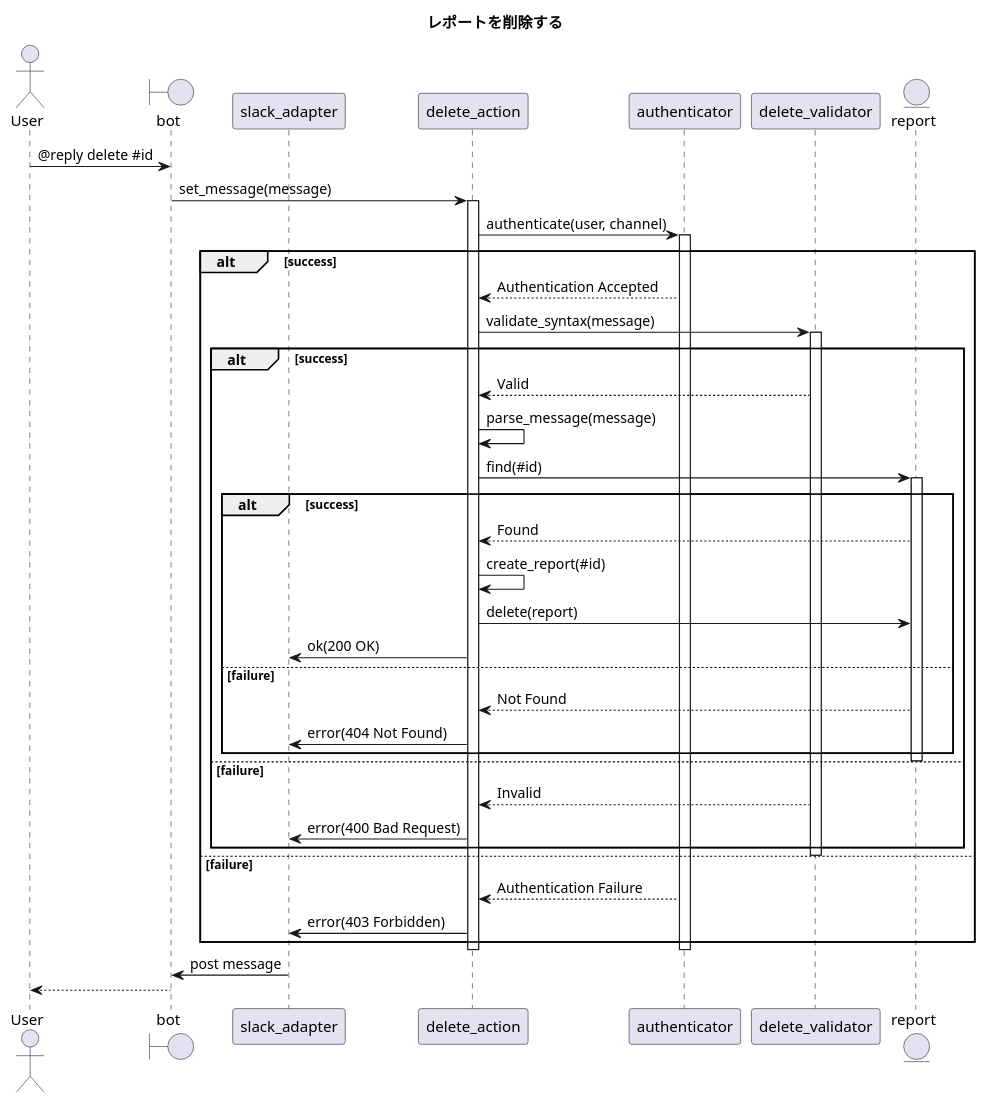
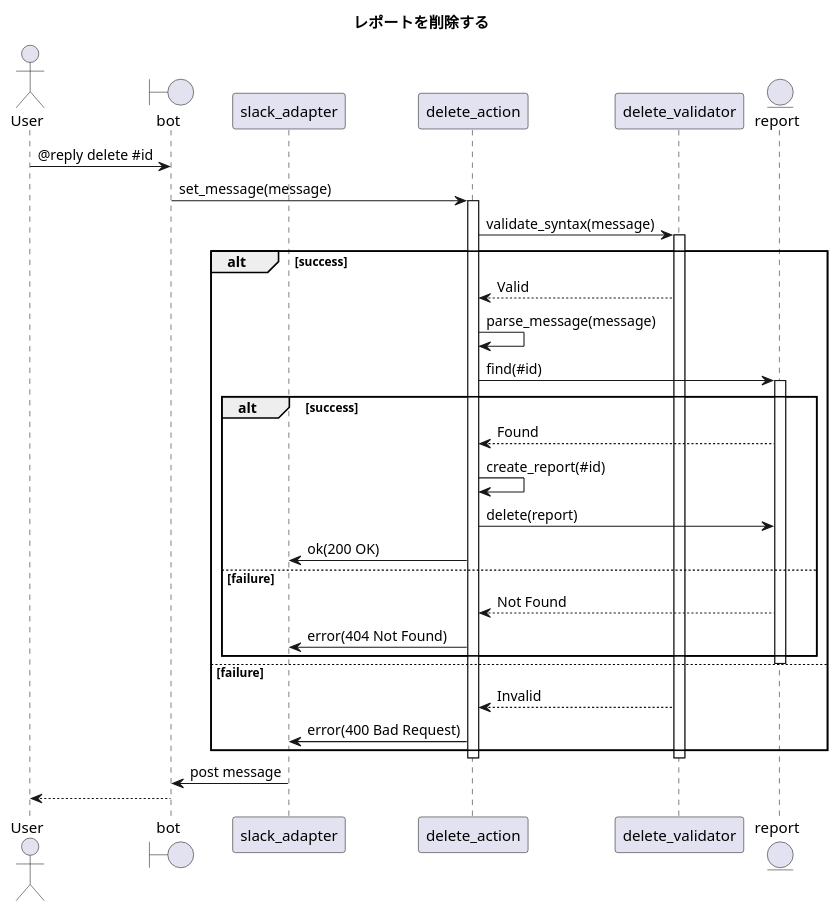
Before and after one commit to ito-masam/kpt-guard.doc: the diagram in 1.design/5.sequences/delete-report.md, drawn with PlantUML. The commit also changed 15 other files, not shown here.

```diff
--- a/1.design/5.sequences/delete-report.md
+++ b/1.design/5.sequences/delete-report.md
@@ -1,55 +1,44 @@
 @startuml
 
     ' ----------- meta
     title レポートを削除する
 
     actor User
     boundary bot
     participant slack_adapter
     participant delete_action
-    participant authenticator
     participant delete_validator
     entity report
 
     ' ----------- main
     User -> bot : @reply delete #id
     bot -> delete_action : set_message(message)
     activate delete_action
-      delete_action -> authenticator : authenticate(user, channel)
-      activate authenticator
-        alt success
-          authenticator --> delete_action : Authentication Accepted
-          delete_action -> delete_validator : validate_syntax(message)
-          activate delete_validator
+        delete_action -> delete_validator : validate_syntax(message)
+        activate delete_validator
             alt success
-              delete_validator --> delete_action : Valid
-              delete_action -> delete_action : parse_message(message)
-              delete_action -> report : find(#id)
-              activate report
-                alt success
-                  report --> delete_action : Found
-                  delete_action -> delete_action : create_report(#id)
-                  delete_action -> report : delete(report)
-                  delete_action -> slack_adapter : ok(200 OK)
-                else failure
-                  report --> delete_action : Not Found
-                  delete_action -> slack_adapter : error(404 Not Found)
-                end
-              deactivate report
+                delete_validator --> delete_action : Valid
+                delete_action -> delete_action : parse_message(message)
+                delete_action -> report : find(#id)
+                activate report
+                    alt success
+                        report --> delete_action : Found
+                        delete_action -> delete_action : create_report(#id)
+                        delete_action -> report : delete(report)
+                        delete_action -> slack_adapter : ok(200 OK)
+                    else failure
+                        report --> delete_action : Not Found
+                        delete_action -> slack_adapter : error(404 Not Found)
+                    end
+                deactivate report
             else failure
-              ' ----------- alternative
-              delete_validator --> delete_action : Invalid
-              delete_action -> slack_adapter : error(400 Bad Request)
+                ' ----------- alternative
+                delete_validator --> delete_action : Invalid
+                delete_action -> slack_adapter : error(400 Bad Request)
             end
-          deactivate delete_validator
-        else failure
-          ' ----------- alternative
-          authenticator --> delete_action : Authentication Failure
-          delete_action -> slack_adapter : error(403 Forbidden)
-        end
-      deactivate authenticator
+        deactivate delete_validator
     deactivate delete_action
     slack_adapter -> bot : post message
     bot --> User
 
 @enduml
```
